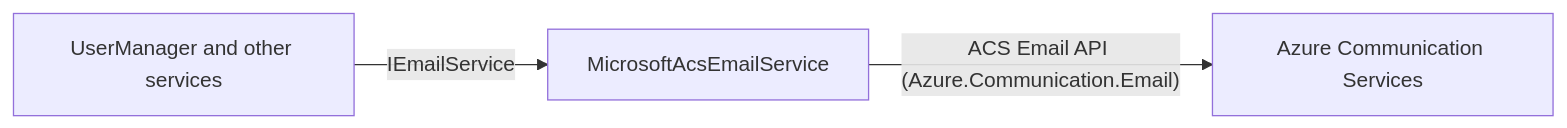
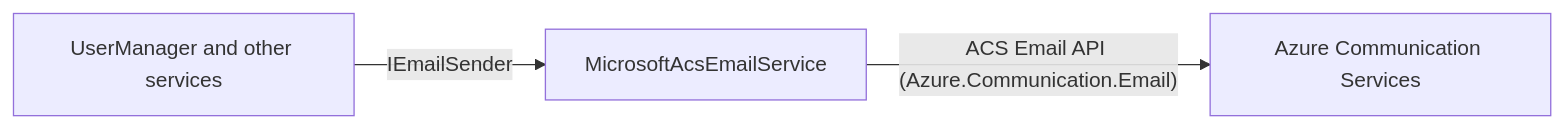
Before and after one commit to dosh1974/SysWeaver: the diagram in Communication/SysWeaver.Email.MicrosoftAcs/README.md, drawn with Mermaid. The commit also changed other lines of this file and 532 other files, not shown here.

````diff
--- a/Communication/SysWeaver.Email.MicrosoftAcs/README.md
+++ b/Communication/SysWeaver.Email.MicrosoftAcs/README.md
@@ -18,5 +18,5 @@
 ```mermaid
 flowchart LR
-  UM["UserManager and other services"] -->|IEmailService| ACS["MicrosoftAcsEmailService"]
+  UM["UserManager and other services"] -->|IEmailSender| ACS["MicrosoftAcsEmailService"]
   ACS -->|"ACS Email API (Azure.Communication.Email)"| Azure["Azure Communication Services"]
 ```
````
